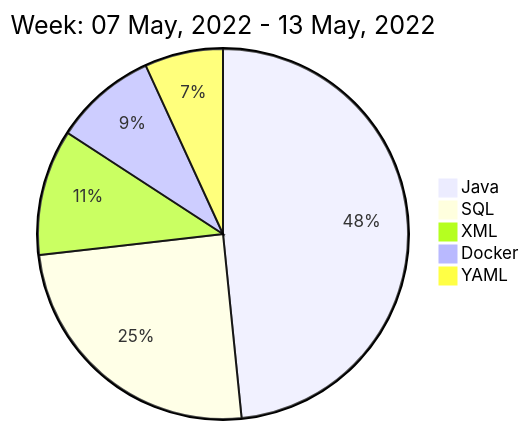
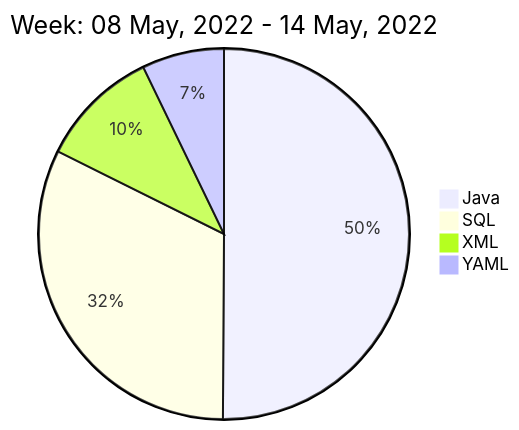
One commit to liubin95/liubin95 changed the diagram in README.md. Above: the diagram before and after it, drawn with Mermaid.

Commit message:
Updated the Graph with new Metrics

````diff
--- a/README.md
+++ b/README.md
@@ -40,9 +40,8 @@
 ```mermaid
  pie
-title Week: 07 May, 2022 - 13 May, 2022
- "Java" : 10.25
- "SQL" : 5.25
- "XML" : 2.33
- "Docker" : 1.9
- "YAML" : 1.45
+title Week: 08 May, 2022 - 14 May, 2022
+ "Java" : 8.03
+ "SQL" : 5.17
+ "XML" : 1.68
+ "YAML" : 1.15
 ```
````
